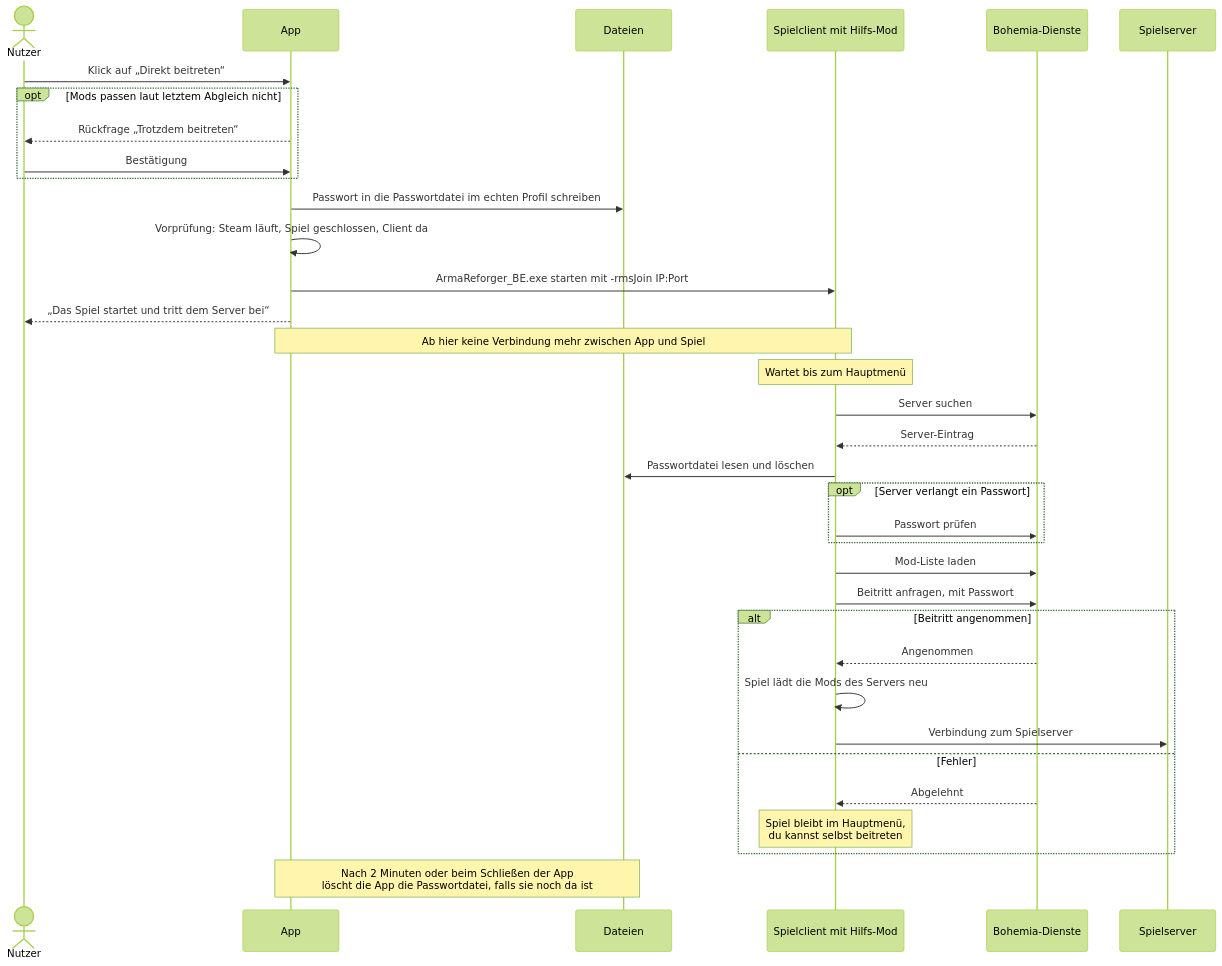
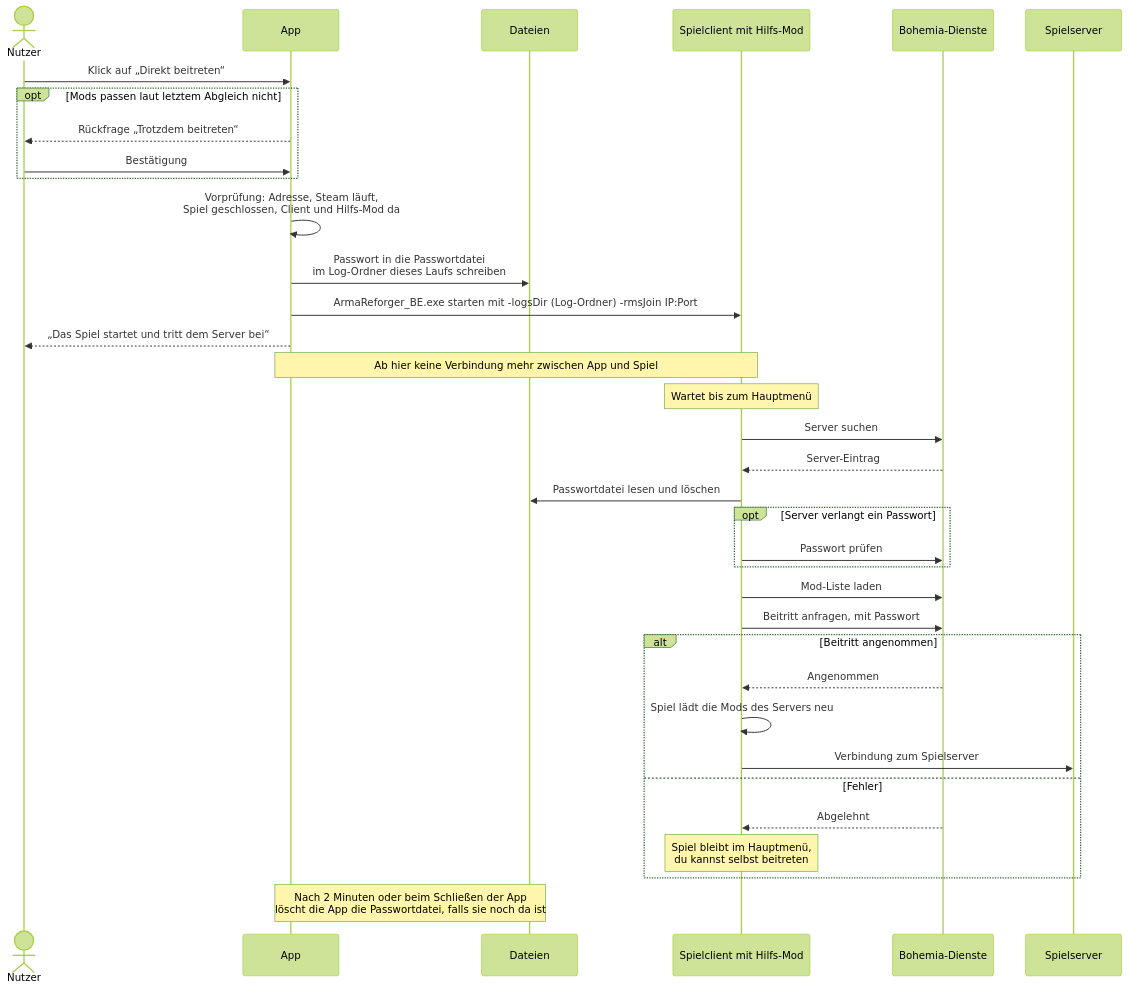
One commit to morok101st/Arma-Reforger-Local-Manager changed the third of 3 diagrams in README.md. Above: the diagram before and after it, drawn with Mermaid (forest theme). The commit also changed other lines of this file and 12 other files, not shown here.

````diff
--- a/README.md
+++ b/README.md
@@ -244,38 +244,38 @@
 ```mermaid
 sequenceDiagram
     actor N as Nutzer
     participant A as App
     participant D as Dateien
     participant H as Spielclient mit Hilfs-Mod
     participant B as Bohemia-Dienste
     participant S as Spielserver
 
     N->>A: Klick auf „Direkt beitreten“
     opt Mods passen laut letztem Abgleich nicht
         A-->>N: Rückfrage „Trotzdem beitreten“
         N->>A: Bestätigung
     end
-    A->>D: Passwort in die Passwortdatei im echten Profil schreiben
-    A->>A: Vorprüfung: Steam läuft, Spiel geschlossen, Client da
-    A->>H: ArmaReforger_BE.exe starten mit -rmsJoin IP:Port
+    A->>A: Vorprüfung: Adresse, Steam läuft,<br/>Spiel geschlossen, Client und Hilfs-Mod da
+    A->>D: Passwort in die Passwortdatei<br/>im Log-Ordner dieses Laufs schreiben
+    A->>H: ArmaReforger_BE.exe starten mit -logsDir (Log-Ordner) -rmsJoin IP:Port
     A-->>N: „Das Spiel startet und tritt dem Server bei“
     Note over A,H: Ab hier keine Verbindung mehr zwischen App und Spiel
     Note over H: Wartet bis zum Hauptmenü
     H->>B: Server suchen
     B-->>H: Server-Eintrag
     H->>D: Passwortdatei lesen und löschen
     opt Server verlangt ein Passwort
         H->>B: Passwort prüfen
     end
     H->>B: Mod-Liste laden
     H->>B: Beitritt anfragen, mit Passwort
     alt Beitritt angenommen
         B-->>H: Angenommen
         H->>H: Spiel lädt die Mods des Servers neu
         H->>S: Verbindung zum Spielserver
     else Fehler
         B-->>H: Abgelehnt
         Note over H: Spiel bleibt im Hauptmenü,<br/>du kannst selbst beitreten
     end
     Note over A,D: Nach 2 Minuten oder beim Schließen der App<br/>löscht die App die Passwortdatei, falls sie noch da ist
 ```
````
